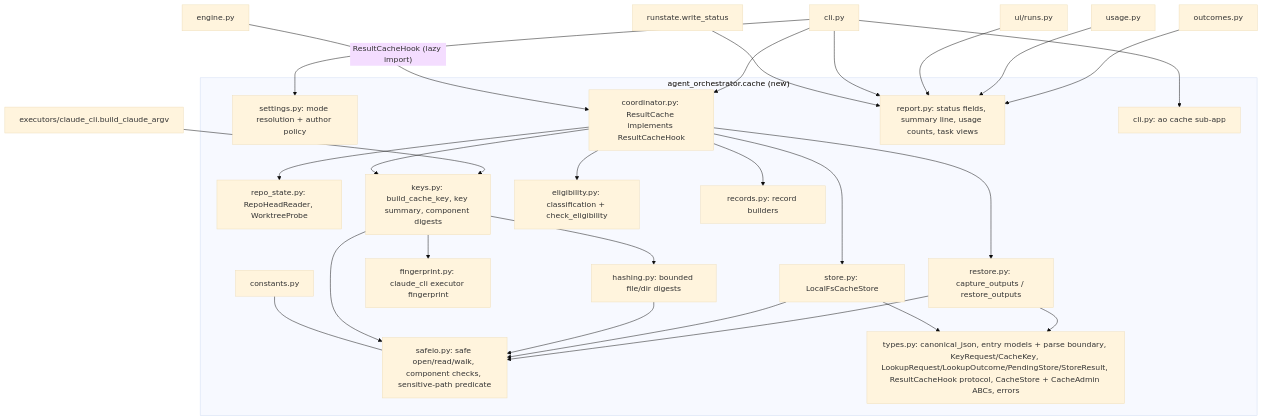
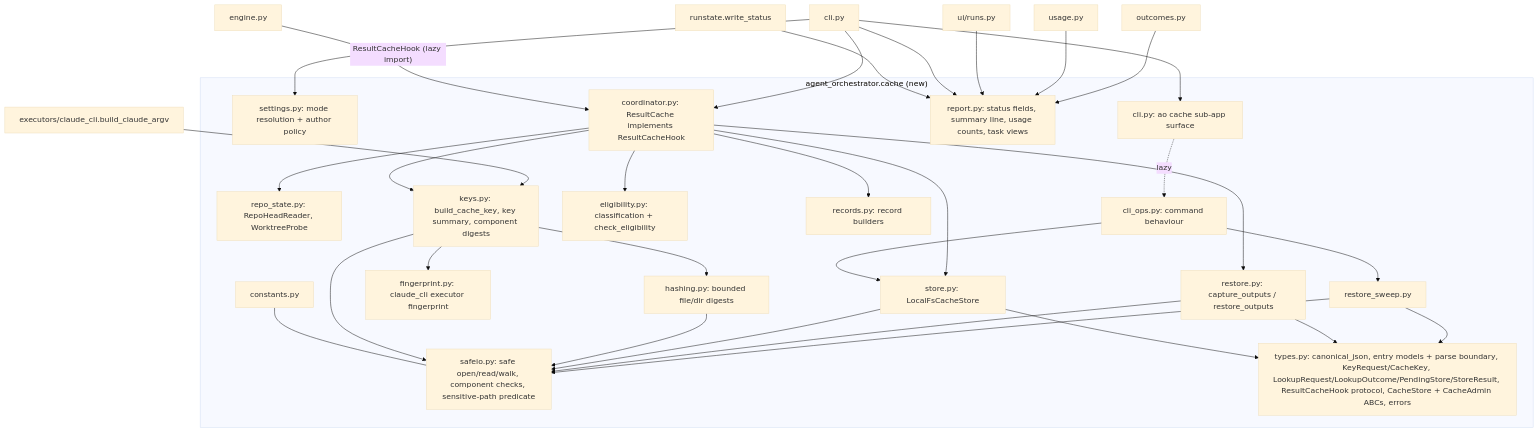
The second of 10 diagrams in docs-md/cross-run-result-cache-hld.md (avadhootdivekar/agent-orchestrator), drawn with Mermaid (base theme) before and after one commit. The commit also changed other lines of this file and 1 other file, not shown here.

````diff
--- a/docs-md/cross-run-result-cache-hld.md
+++ b/docs-md/cross-run-result-cache-hld.md
@@ -456,31 +626,32 @@
 ```mermaid
 flowchart TB
   subgraph cache["agent_orchestrator.cache (new)"]
     C[constants.py] --- SIO[safeio.py: safe open/read/walk, component checks, sensitive-path predicate]
     T[types.py: canonical_json, entry models + parse boundary, KeyRequest/CacheKey, LookupRequest/LookupOutcome/PendingStore/StoreResult, ResultCacheHook protocol, CacheStore + CacheAdmin ABCs, errors]
     S[settings.py: mode resolution + author policy]
     H[hashing.py: bounded file/dir digests]
     RS[repo_state.py: RepoHeadReader, WorktreeProbe]
     F[fingerprint.py: claude_cli executor fingerprint]
     K[keys.py: build_cache_key, key summary, component digests]
     E[eligibility.py: classification + check_eligibility]
     ST[store.py: LocalFsCacheStore]
     R[restore.py: capture_outputs / restore_outputs]
     RE[records.py: record builders]
     CO[coordinator.py: ResultCache implements ResultCacheHook]
     RP[report.py: status fields, summary line, usage counts, task views]
-    CLI[cli.py: ao cache sub-app]
+    CLI[cli.py: ao cache sub-app surface] -.lazy.-> OPS[cli_ops.py: command behaviour] --> ST & SW[restore_sweep.py]
   end
   ENG[engine.py] -- "ResultCacheHook (lazy import)" --> CO
   CO --> E & K & ST & R & RE & RS
   K --> H & F & SIO
   H --> SIO
   ST --> SIO & T
   R --> SIO & T
+  SW --> SIO & T
   ARGV[executors/claude_cli.build_claude_argv] --> K
   RSTATE[runstate.write_status] --> RP
   AOCLI[cli.py] --> S & CO & RP & CLI
   UIR[ui/runs.py] --> RP
   US[usage.py] --> RP
   OUT[outcomes.py] --> RP
 ```
````
